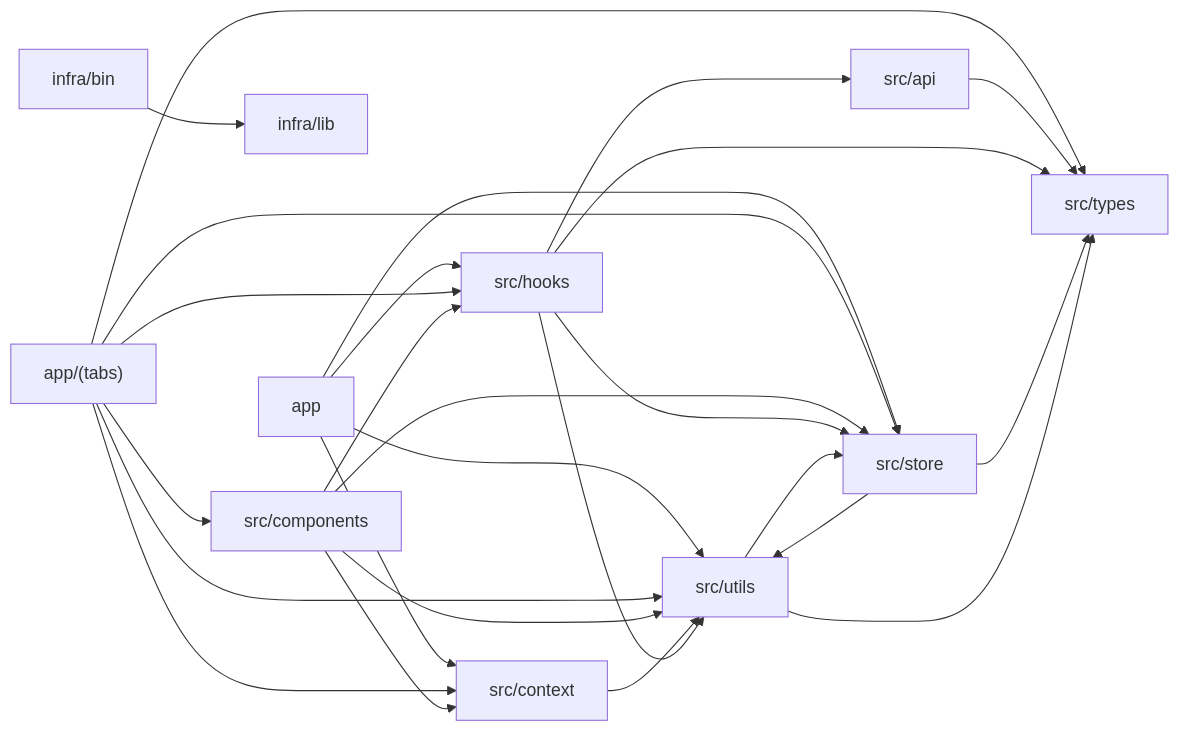
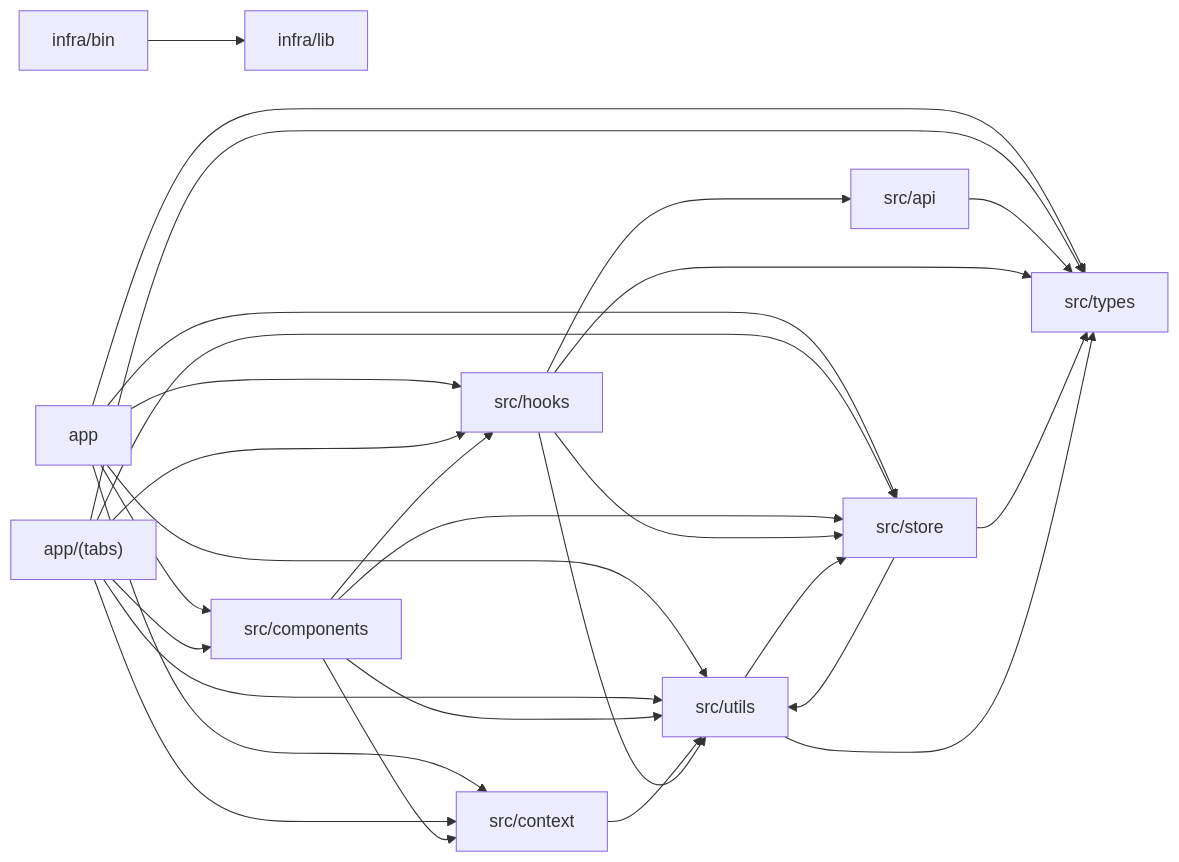
Before and after one commit to rufbulldog/ferry-tracker: the diagram in docs/spec/_systems/architecture.md, drawn with Mermaid. The commit also changed other lines of this file and 27 other files, not shown here.

````diff
--- a/docs/spec/_systems/architecture.md
+++ b/docs/spec/_systems/architecture.md
@@ -20,39 +20,41 @@
 ```mermaid
 flowchart LR
   n_app["app"]
   n_app_tabs["app/(tabs)"]
   n_infra_bin["infra/bin"]
   n_infra_lib["infra/lib"]
   n_src_api["src/api"]
   n_src_components["src/components"]
   n_src_context["src/context"]
   n_src_hooks["src/hooks"]
   n_src_store["src/store"]
   n_src_types["src/types"]
   n_src_utils["src/utils"]
+  n_app --> n_src_components
   n_app --> n_src_context
   n_app --> n_src_hooks
   n_app --> n_src_store
+  n_app --> n_src_types
   n_app --> n_src_utils
   n_app_tabs --> n_src_components
   n_app_tabs --> n_src_context
   n_app_tabs --> n_src_hooks
   n_app_tabs --> n_src_store
   n_app_tabs --> n_src_types
   n_app_tabs --> n_src_utils
   n_infra_bin --> n_infra_lib
   n_src_api --> n_src_types
   n_src_components --> n_src_context
   n_src_components --> n_src_hooks
   n_src_components --> n_src_store
   n_src_components --> n_src_utils
   n_src_context --> n_src_utils
   n_src_hooks --> n_src_api
   n_src_hooks --> n_src_store
   n_src_hooks --> n_src_types
   n_src_hooks --> n_src_utils
   n_src_store --> n_src_types
   n_src_store --> n_src_utils
   n_src_utils --> n_src_store
   n_src_utils --> n_src_types
 ```
````
